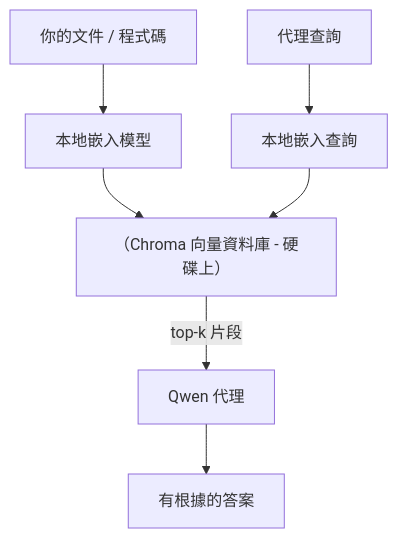
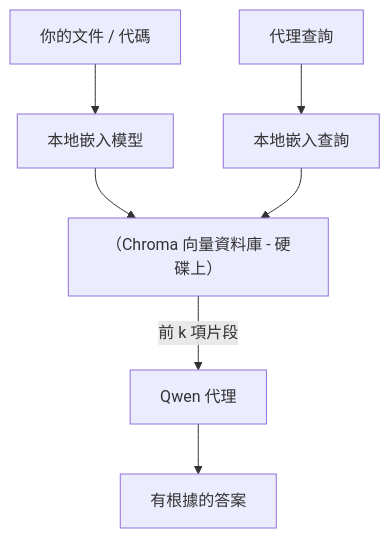
One commit to microsoft/ai-agents-for-beginners changed the third of 4 diagrams in translations/zh-HK/17-creating-local-ai-agents/README.md. Above: the diagram before and after it, drawn with Mermaid. The commit also changed other lines of this file and 44 other files, not shown here.

````diff
--- a/translations/zh-HK/17-creating-local-ai-agents/README.md
+++ b/translations/zh-HK/17-creating-local-ai-agents/README.md
@@ -125,9 +125,9 @@
 ```mermaid
 flowchart TB
-    D[你的文件 / 程式碼] --> E[本地嵌入模型]
+    D[你的文件 / 代碼] --> E[本地嵌入模型]
     E --> V[（Chroma 向量資料庫 - 硬碟上）]
     Q[代理查詢] --> QE[本地嵌入查詢]
     QE --> V
-    V -->|top-k 片段| A[Qwen 代理]
+    V -->|前 k 項片段| A[Qwen 代理]
     A --> Ans[有根據的答案]
 ```
````
